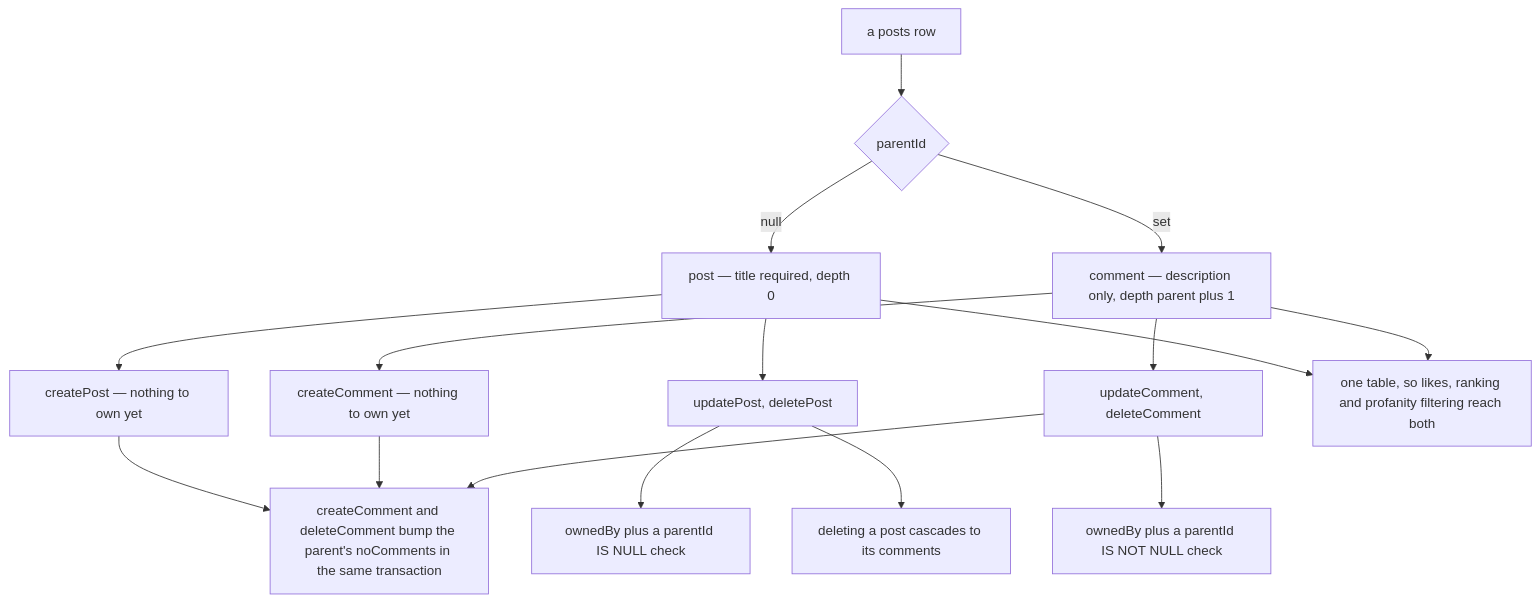
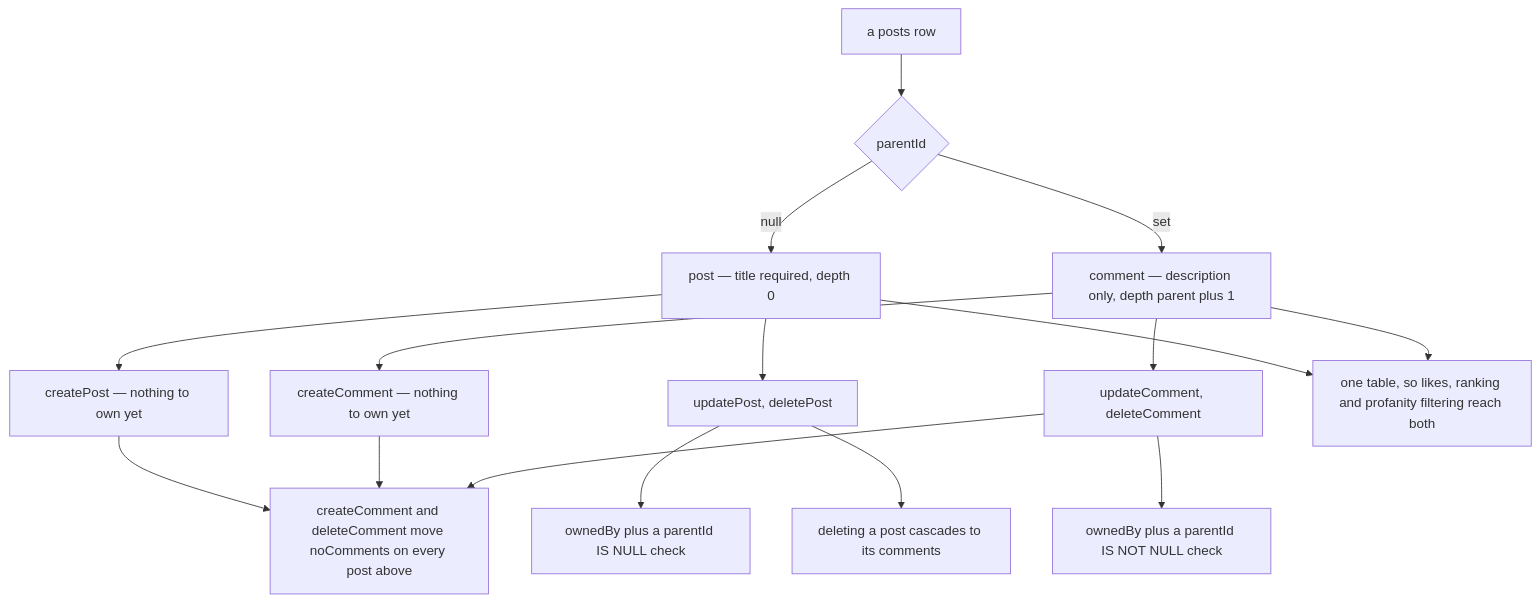
The diagram in packages/app/content/docs/posts/posts-and-comments.md (Esposter/Esposter), drawn with Mermaid before and after one commit. The commit also changed other lines of this file and 27 other files, not shown here.

````diff
--- a/packages/app/content/docs/posts/posts-and-comments.md
+++ b/packages/app/content/docs/posts/posts-and-comments.md
@@ -12,18 +12,18 @@
 ```mermaid
 flowchart TD
   ROW["a posts row"] --> PARENT{"parentId"}
   PARENT -->|"null"| POST["post — title required, depth 0"]
   PARENT -->|"set"| COMMENT["comment — description only, depth parent plus 1"]
   POST --> POSTCREATE["createPost — nothing to own yet"]
   POST --> POSTWRITE["updatePost, deletePost"]
   COMMENT --> COMMENTCREATE["createComment — nothing to own yet"]
   COMMENT --> COMMENTWRITE["updateComment, deleteComment"]
   POSTWRITE --> GUARD["ownedBy plus a parentId IS NULL check"]
   COMMENTWRITE --> GUARDC["ownedBy plus a parentId IS NOT NULL check"]
   POSTCREATE --> COUNT
-  COMMENTCREATE --> COUNT["createComment and deleteComment bump the parent's noComments in the same transaction"]
+  COMMENTCREATE --> COUNT["createComment and deleteComment move noComments on every post above"]
   COMMENTWRITE --> COUNT
   POSTWRITE --> CASCADE["deleting a post cascades to its comments"]
   POST --> SHARED["one table, so likes, ranking and profanity filtering reach both"]
   COMMENT --> SHARED
 ```
````
